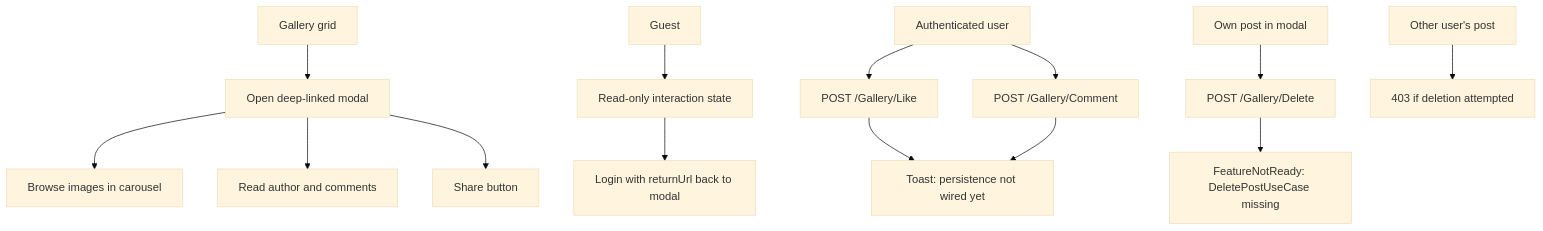
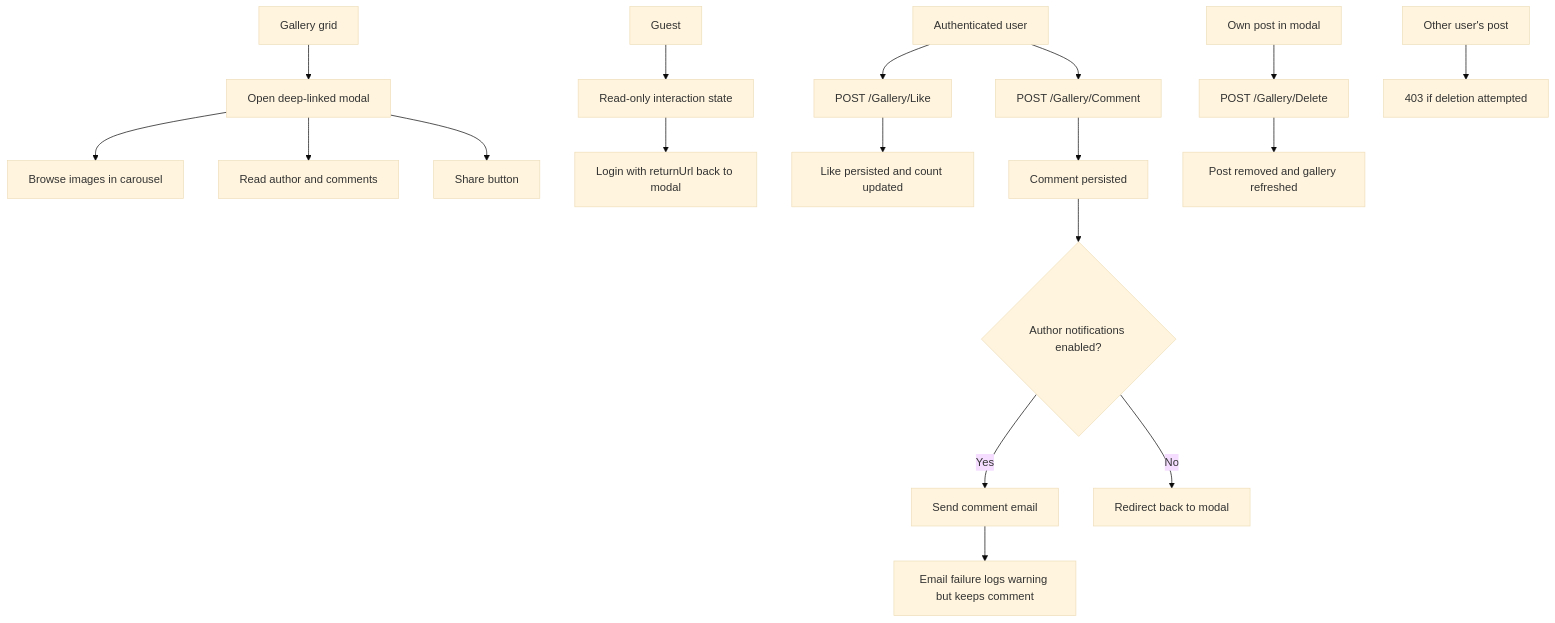
The third of 4 diagrams in README.md (CodeWithCharles/42_camagru), drawn with Mermaid (base theme) before and after one commit. The commit also changed other lines of this file and 143 other files, not shown here.

````diff
--- a/README.md
+++ b/README.md
@@ -126,19 +160,23 @@
 ```mermaid
 flowchart TD
     Gallery["Gallery grid"] --> OpenModal["Open deep-linked modal"]
     OpenModal --> Carousel["Browse images in carousel"]
     OpenModal --> ReadComments["Read author and comments"]
     OpenModal --> Share["Share button"]
 
     Guest["Guest"] --> ReadOnly["Read-only interaction state"]
     ReadOnly --> Login["Login with returnUrl back to modal"]
 
     Auth["Authenticated user"] --> Like["POST /Gallery/Like"]
     Auth --> Comment["POST /Gallery/Comment"]
-    Like --> Placeholder["Toast: persistence not wired yet"]
-    Comment --> Placeholder
+    Like --> Toggle["Like persisted and count updated"]
+    Comment --> Persist["Comment persisted"]
+    Persist --> Notify{"Author notifications enabled?"}
+    Notify -->|Yes| Email["Send comment email"]
+    Notify -->|No| Done["Redirect back to modal"]
+    Email --> Warning["Email failure logs warning but keeps comment"]
 
     OwnPost["Own post in modal"] --> Delete["POST /Gallery/Delete"]
-    Delete --> DeletePlaceholder["FeatureNotReady: DeletePostUseCase missing"]
+    Delete --> DeleteOK["Post removed and gallery refreshed"]
     OtherPost["Other user's post"] --> Forbidden["403 if deletion attempted"]
 ```
````
